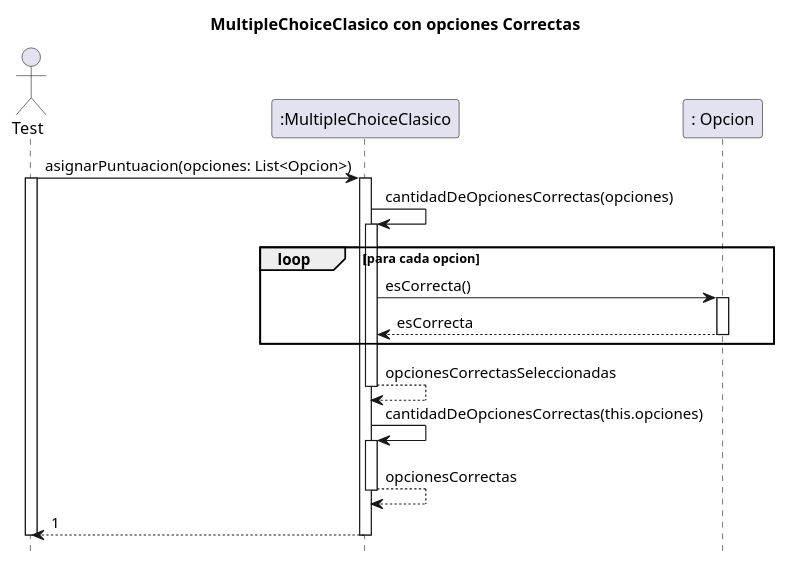
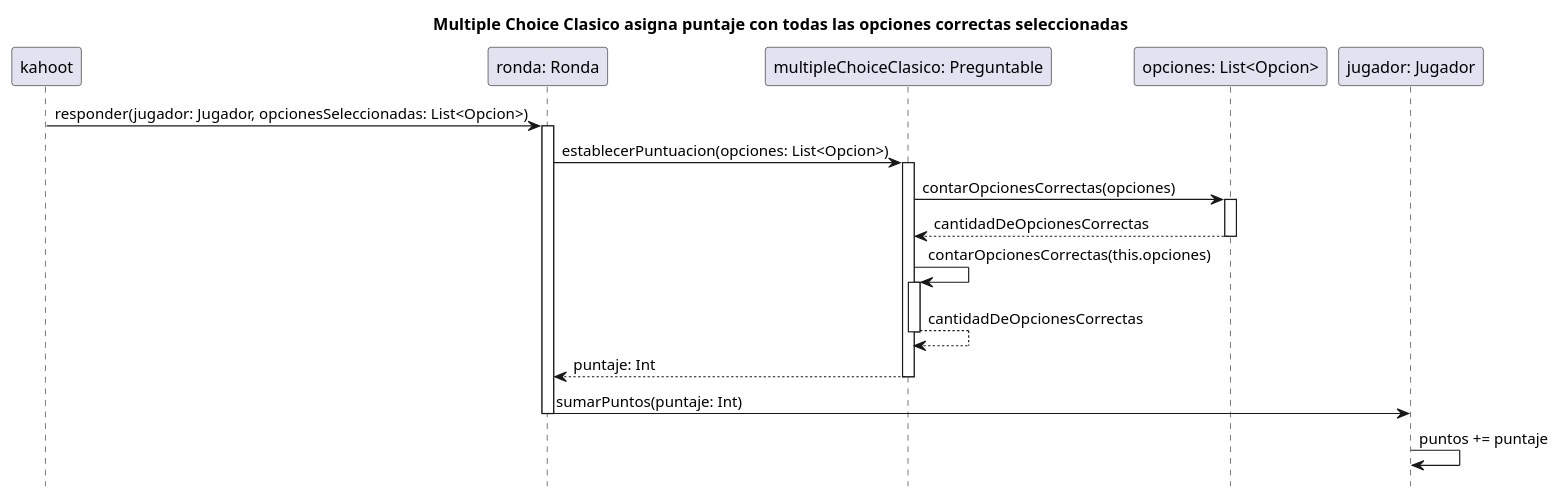
The diagram in doc/Diagramas/Diagramas_Secuencia/MultipleChoiceClasico/MultipleChoiceClasicoConOpcionesCorrectas.puml (gylopezgiles/TP2), drawn with PlantUML before and after one commit. The commit also changed 3 other files, not shown here.

Commit message:
actualizando diagramas

```diff
--- a/doc/Diagramas/Diagramas_Secuencia/MultipleChoiceClasico/MultipleChoiceClasicoConOpcionesCorrectas.puml
+++ b/doc/Diagramas/Diagramas_Secuencia/MultipleChoiceClasico/MultipleChoiceClasicoConOpcionesCorrectas.puml
@@ -1,29 +1,22 @@
 @startuml
+title Multiple Choice Clasico asigna puntaje con todas las opciones correctas seleccionadas
 hide footbox
-title MultipleChoiceClasico con opciones Correctas
-actor Test
-participant ":MultipleChoiceClasico" as MultipleChoiceClasico
-participant ": Opcion" as opcion
 
-Test ->MultipleChoiceClasico: asignarPuntuacion(opciones: List<Opcion>)
-activate Test
-activate MultipleChoiceClasico
-MultipleChoiceClasico -> MultipleChoiceClasico :cantidadDeOpcionesCorrectas(opciones)
-activate MultipleChoiceClasico
-loop para cada opcion
-    MultipleChoiceClasico -> opcion : esCorrecta()
-    activate opcion
-    MultipleChoiceClasico <-- opcion: esCorrecta
-    deactivate opcion
-end
-MultipleChoiceClasico --> MultipleChoiceClasico :opcionesCorrectasSeleccionadas
-deactivate MultipleChoiceClasico
-MultipleChoiceClasico -> MultipleChoiceClasico :cantidadDeOpcionesCorrectas(this.opciones)
-activate MultipleChoiceClasico
-MultipleChoiceClasico --> MultipleChoiceClasico :opcionesCorrectas
-deactivate MultipleChoiceClasico
-Test <-- MultipleChoiceClasico: 1
-deactivate MultipleChoiceClasico
-deactivate Test
-
+    kahoot-> "ronda: Ronda" as ronda : responder(jugador: Jugador, opcionesSeleccionadas: List<Opcion>)
+    activate ronda
+    ronda-> "multipleChoiceClasico: Preguntable" as MCclasico: establecerPuntuacion(opciones: List<Opcion>)
+    activate MCclasico
+    MCclasico-> "opciones: List<Opcion>" as listaOpciones : contarOpcionesCorrectas(opciones)
+    activate listaOpciones
+    MCclasico <-- listaOpciones : cantidadDeOpcionesCorrectas
+    deactivate listaOpciones
+    MCclasico->MCclasico : contarOpcionesCorrectas(this.opciones)
+    activate MCclasico
+    MCclasico-->MCclasico : cantidadDeOpcionesCorrectas
+    deactivate MCclasico
+    ronda <-- MCclasico: puntaje: Int
+    deactivate MCclasico
+    ronda-> "jugador: Jugador" as jugador : sumarPuntos(puntaje: Int)
+    deactivate ronda
+    jugador-> jugador: puntos += puntaje
 @enduml
```
